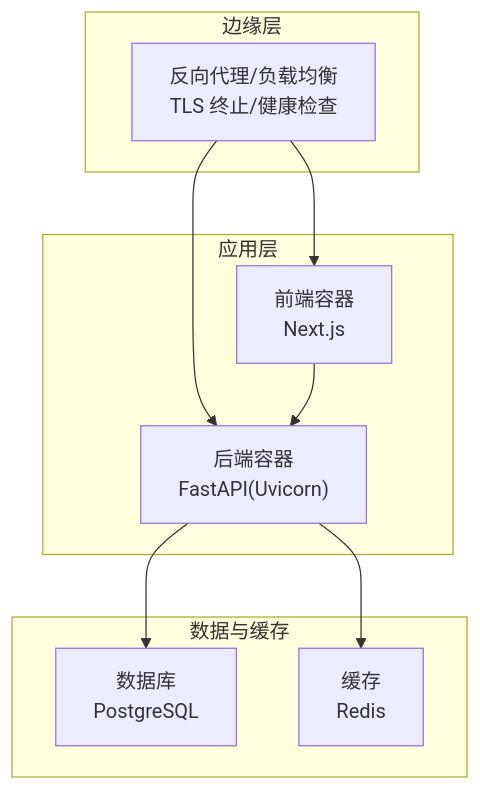
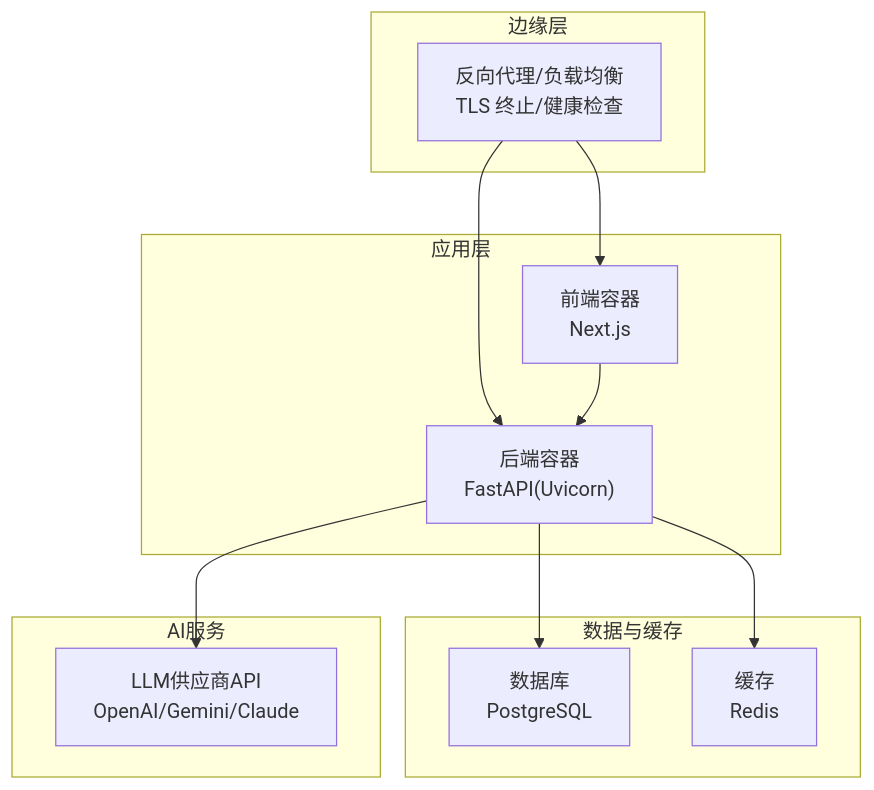
The second of 7 diagrams in .qoder/repowiki/zh/content/部署指南/部署指南.md (KunLabAI/KunFlix), drawn with Mermaid before and after one commit. The commit also changed other lines of this file and 25 other files, not shown here.

````diff
--- a/.qoder/repowiki/zh/content/部署指南/部署指南.md
+++ b/.qoder/repowiki/zh/content/部署指南/部署指南.md
@@ -99,19 +129,23 @@
 ```mermaid
 graph TB
 subgraph "边缘层"
 LB["反向代理/负载均衡<br/>TLS 终止/健康检查"]
 end
 subgraph "应用层"
 FE["前端容器<br/>Next.js"]
 BE["后端容器<br/>FastAPI(Uvicorn)"]
 end
 subgraph "数据与缓存"
 PG["数据库<br/>PostgreSQL"]
 RD["缓存<br/>Redis"]
 end
+subgraph "AI服务"
+LLM["LLM供应商API<br/>OpenAI/Gemini/Claude"]
+end
 LB --> FE
 LB --> BE
 FE --> BE
 BE --> PG
 BE --> RD
+BE --> LLM
 ```
````
